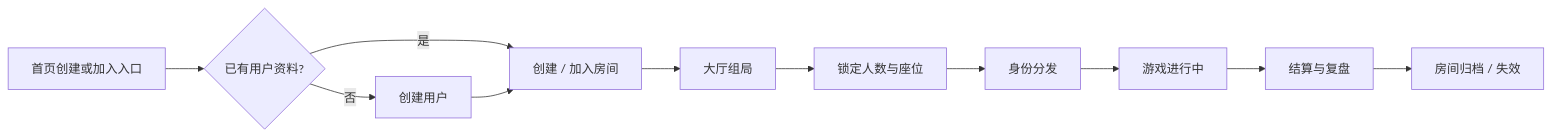
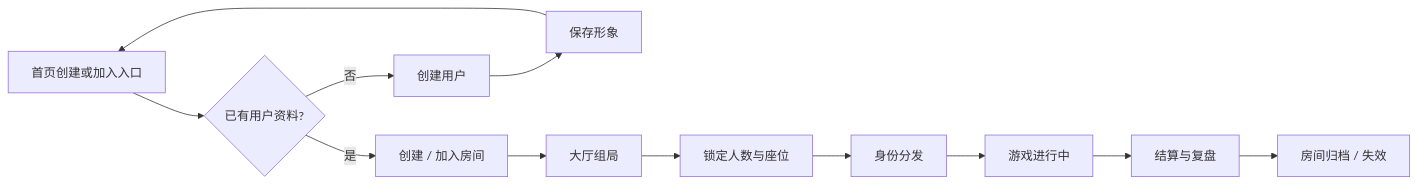
The diagram in docs/secret_hitler_prd.md (Superlumiliam/secret_hitler_wechat), drawn with Mermaid before and after one commit. The commit also changed other lines of this file and 5 other files, not shown here.

````diff
--- a/docs/secret_hitler_prd.md
+++ b/docs/secret_hitler_prd.md
@@ -349,13 +350,14 @@
 ```mermaid
 flowchart LR
   A["首页创建或加入入口"] --> U{"已有用户资料?"}
   U -->|否| P["创建用户"]
   U -->|是| B["创建 / 加入房间"]
-  P --> B
+  P --> S["保存形象"]
+  S --> A
   B --> C["大厅组局"]
   C --> D["锁定人数与座位"]
   D --> E["身份分发"]
   E --> F["游戏进行中"]
   F --> G["结算与复盘"]
   G --> H["房间归档 / 失效"]
 ```
````
